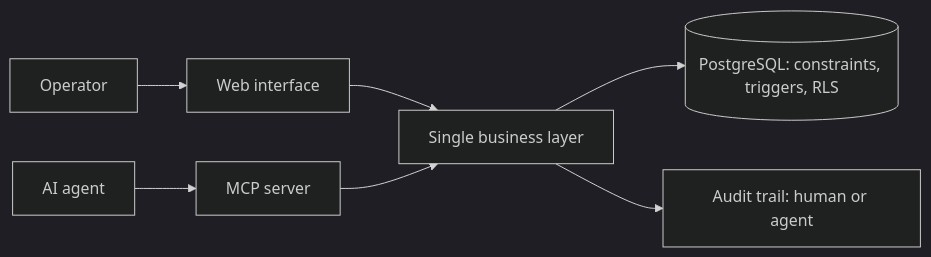
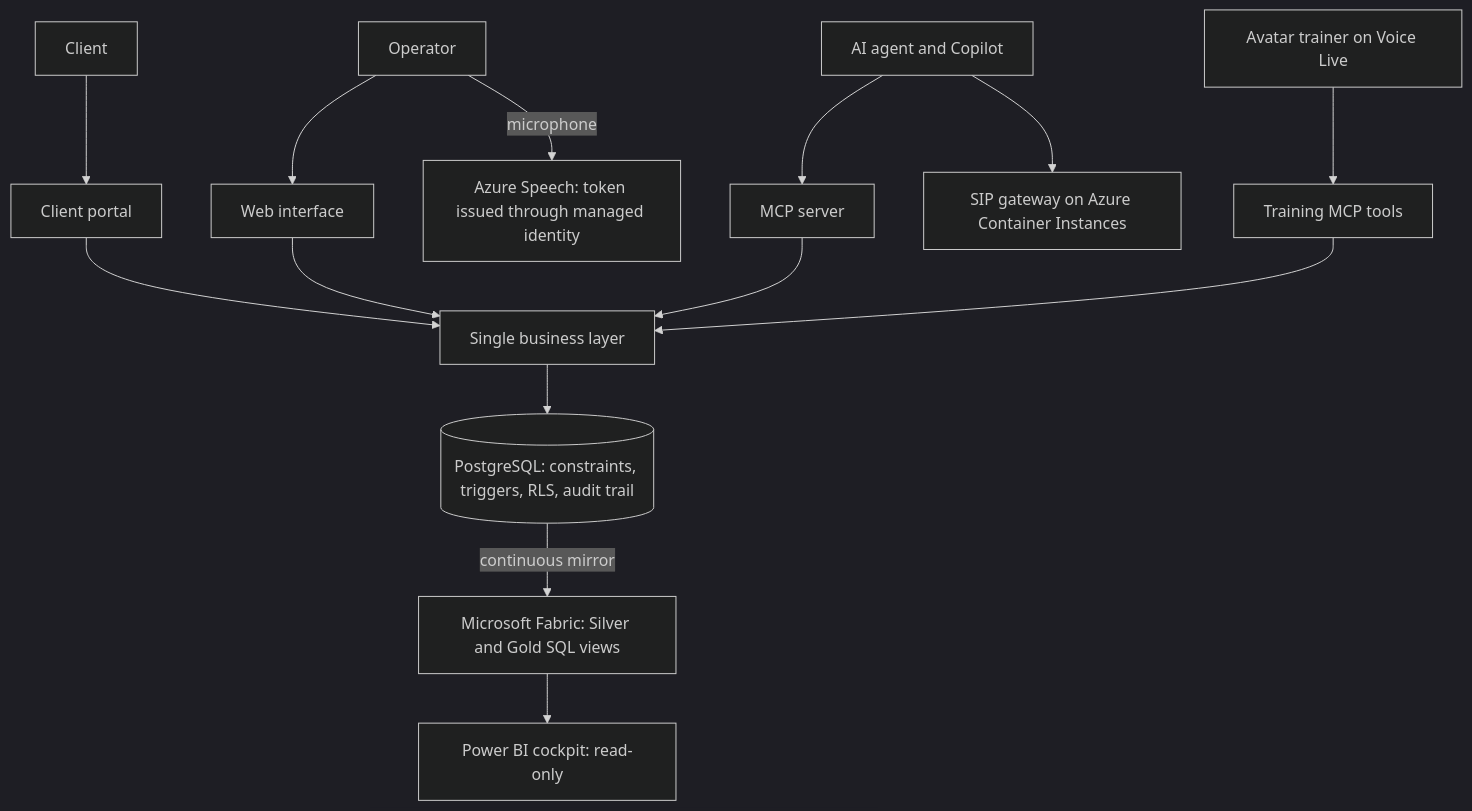
One commit to nabilmgdevazure/medispo-az changed the diagram in README.md. Above: the diagram before and after it, drawn with Mermaid (dark theme). The commit also changed other lines of this file, not shown here.

Commit message:
Document architecture, design decisions and hard problems solved

````diff
--- a/README.md
+++ b/README.md
@@ -19,9 +15,15 @@
 ```mermaid
-flowchart LR
-    H[Operator] --> UI[Web interface]
-    AG[AI agent] --> MCP[MCP server]
+flowchart TB
+    OP[Operator] --> UI[Web interface]
+    CLI[Client] --> PORT[Client portal]
+    AG[AI agent and Copilot] --> MCP[MCP server]
     UI --> BL[Single business layer]
+    PORT --> BL
     MCP --> BL
-    BL --> PG[(PostgreSQL: constraints, triggers, RLS)]
-    BL --> AUD[Audit trail: human or agent]
+    BL --> PG[(PostgreSQL: constraints, triggers, RLS, audit trail)]
+    PG -->|continuous mirror| FAB[Microsoft Fabric: Silver and Gold SQL views]
+    FAB --> PBI[Power BI cockpit: read-only]
+    OP -->|microphone| SP[Azure Speech: token issued through managed identity]
+    AG --> SIP[SIP gateway on Azure Container Instances]
+    AV[Avatar trainer on Voice Live] --> TR[Training MCP tools] --> BL
 ```
````
